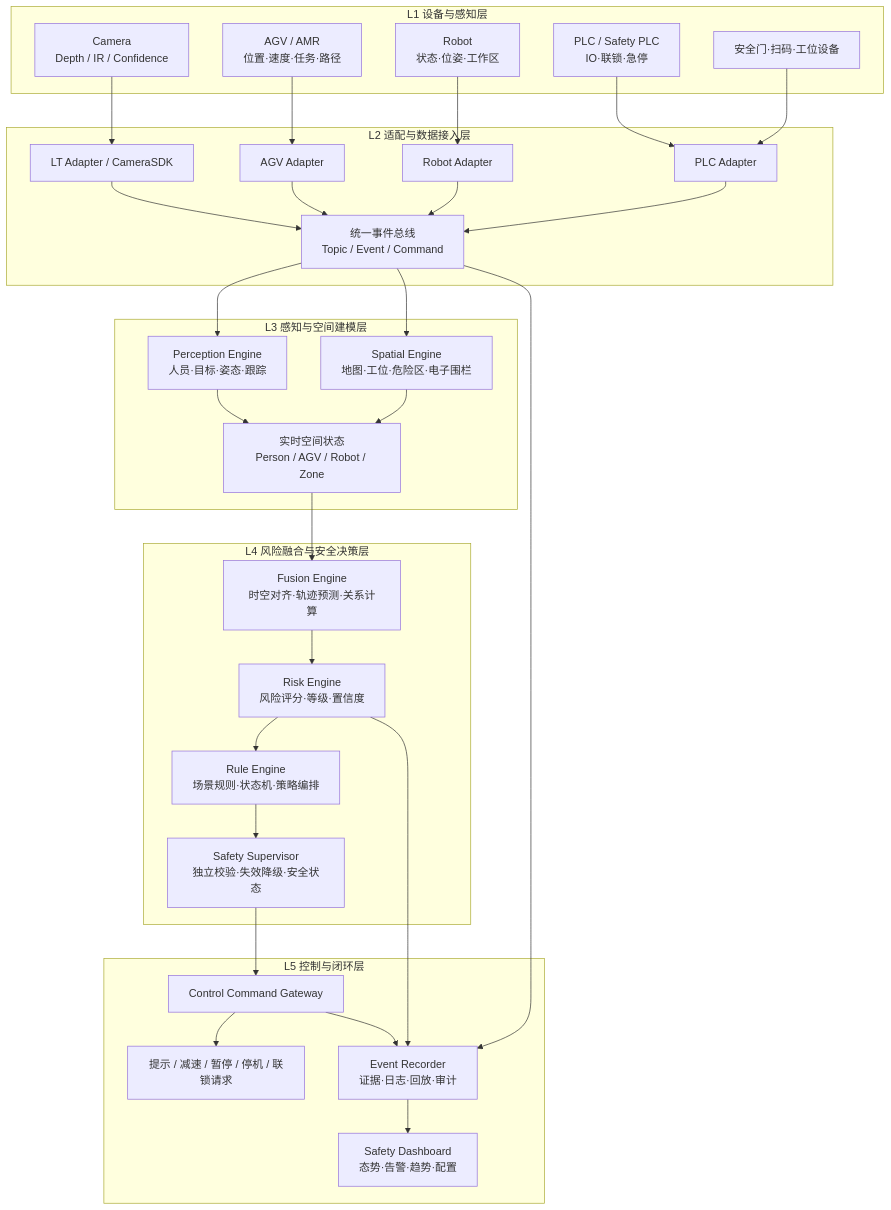
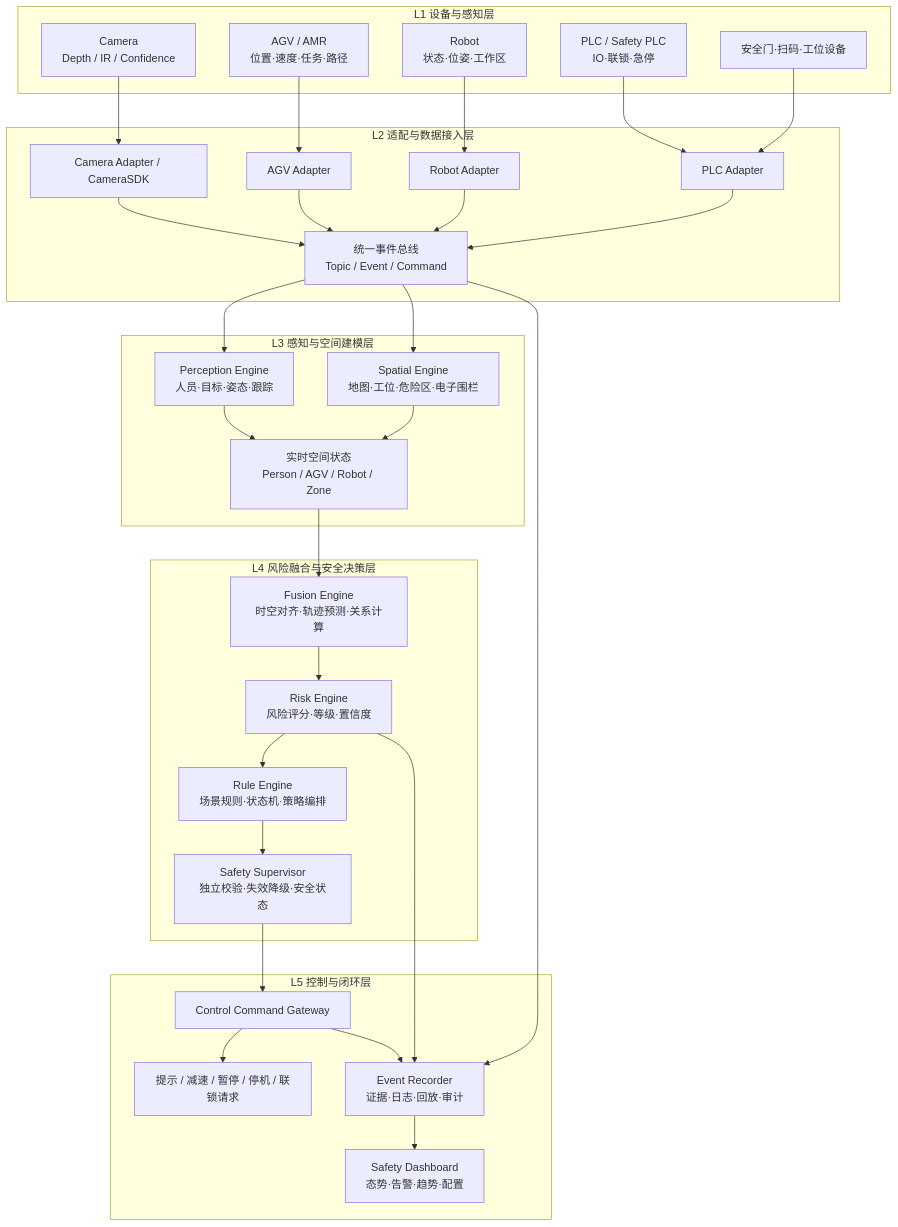
One commit to stevenzhou2017/stevenzhou2017.github.io changed the diagram in projects/safety-os/index.md. Above: the diagram before and after it, drawn with Mermaid. The commit also changed other lines of this file, not shown here.

````diff
--- a/projects/safety-os/index.md
+++ b/projects/safety-os/index.md
@@ -40,62 +40,62 @@
 ```mermaid
 flowchart TB
     subgraph L1["L1 设备与感知层"]
         CAM["Camera<br/>Depth / IR / Confidence"]
         AGV["AGV / AMR<br/>位置·速度·任务·路径"]
         ROB["Robot<br/>状态·位姿·工作区"]
         PLC["PLC / Safety PLC<br/>IO·联锁·急停"]
         DEV["安全门·扫码·工位设备"]
     end
 
     subgraph L2["L2 适配与数据接入层"]
-        LTA["LT Adapter / CameraSDK"]
+        LTA["Camera Adapter / CameraSDK"]
         AGVA["AGV Adapter"]
         ROBA["Robot Adapter"]
         PLCA["PLC Adapter"]
         BUS["统一事件总线<br/>Topic / Event / Command"]
     end
 
     subgraph L3["L3 感知与空间建模层"]
         PER["Perception Engine<br/>人员·目标·姿态·跟踪"]
         SPA["Spatial Engine<br/>地图·工位·危险区·电子围栏"]
         TWIN["实时空间状态<br/>Person / AGV / Robot / Zone"]
     end
 
     subgraph L4["L4 风险融合与安全决策层"]
         FUS["Fusion Engine<br/>时空对齐·轨迹预测·关系计算"]
         RISK["Risk Engine<br/>风险评分·等级·置信度"]
         RULE["Rule Engine<br/>场景规则·状态机·策略编排"]
         SUP["Safety Supervisor<br/>独立校验·失效降级·安全状态"]
     end
 
     subgraph L5["L5 控制与闭环层"]
         CMD["Control Command Gateway"]
         ACT["提示 / 减速 / 暂停 / 停机 / 联锁请求"]
         REC["Event Recorder<br/>证据·日志·回放·审计"]
         DASH["Safety Dashboard<br/>态势·告警·趋势·配置"]
     end
 
     CAM --> LTA
     AGV --> AGVA
     ROB --> ROBA
     PLC --> PLCA
     DEV --> PLCA
     LTA --> BUS
     AGVA --> BUS
     ROBA --> BUS
     PLCA --> BUS
     BUS --> PER
     BUS --> SPA
     PER --> TWIN
     SPA --> TWIN
     TWIN --> FUS
     FUS --> RISK
     RISK --> RULE
     RULE --> SUP
     SUP --> CMD
     CMD --> ACT
     BUS --> REC
     RISK --> REC
     CMD --> REC
     REC --> DASH
 ```
````
